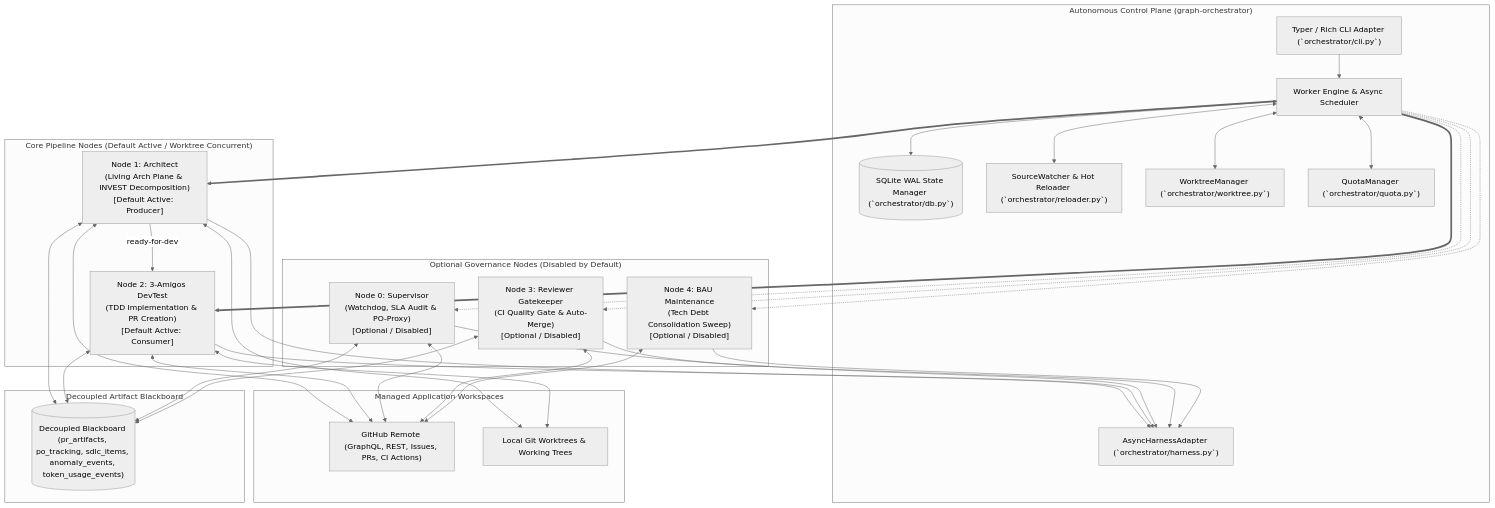
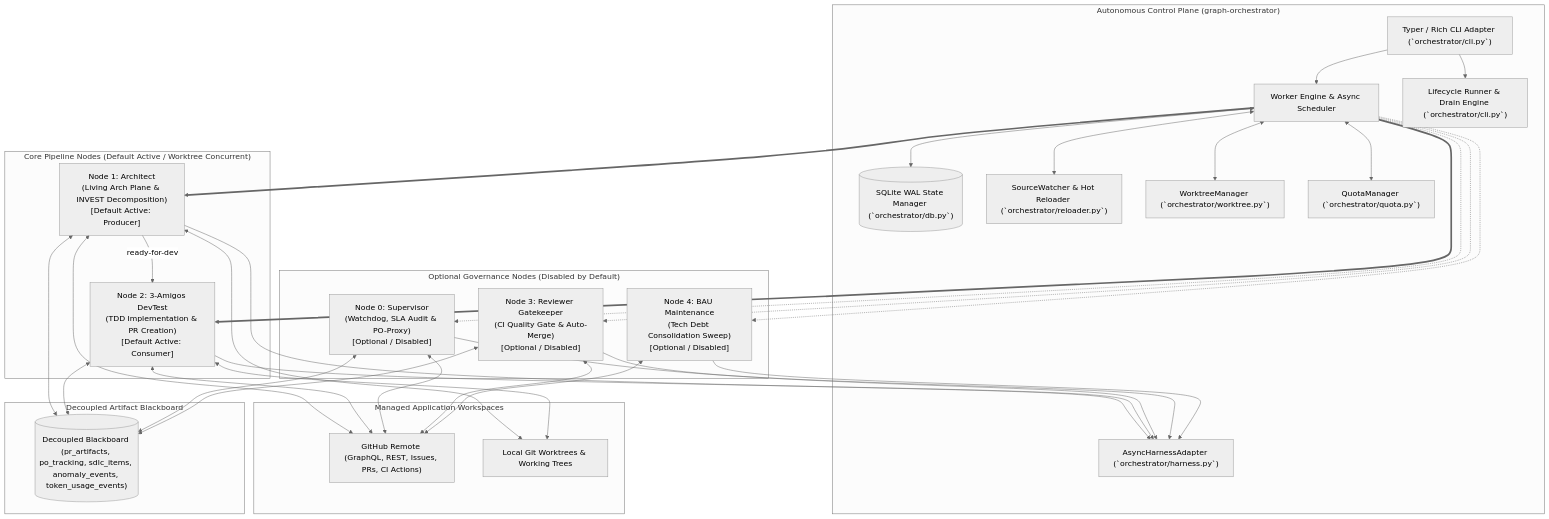
The first of 5 diagrams in .graph/architecture.md (AntaresAndBharani/graph-engineering), drawn with Mermaid (neutral theme) before and after one commit. The commit also changed other lines of this file, not shown here.

Commit message:
docs(architecture): update architectural standards

````diff
--- a/.graph/architecture.md
+++ b/.graph/architecture.md
@@ -19,45 +19,47 @@
 ```mermaid
 flowchart TD
     subgraph Control Plane ["Autonomous Control Plane (graph-orchestrator)"]
         CLI["Typer / Rich CLI Adapter (`orchestrator/cli.py`)"]
         Core["Worker Engine & Async Scheduler"]
         State[("SQLite WAL State Manager (`orchestrator/db.py`)")]
         Reloader["SourceWatcher & Hot Reloader (`orchestrator/reloader.py`)"]
         Adapter["AsyncHarnessAdapter (`orchestrator/harness.py`)"]
         WorktreeMgr["WorktreeManager (`orchestrator/worktree.py`)"]
         QuotaMgr["QuotaManager (`orchestrator/quota.py`)"]
+        LifecycleMgr["Lifecycle Runner & Drain Engine (`orchestrator/cli.py`)"]
     end
 
     subgraph Default 2-Node Parallel Engine ["Core Pipeline Nodes (Default Active / Worktree Concurrent)"]
         N1["Node 1: Architect\n(Living Arch Plane & INVEST Decomposition)\n[Default Active: Producer]"]
         N2["Node 2: 3-Amigos DevTest\n(TDD Implementation & PR Creation)\n[Default Active: Consumer]"]
         N1 -->|ready-for-dev| N2
     end
 
     subgraph Optional Governance Nodes ["Optional Governance Nodes (Disabled by Default)"]
         N0["Node 0: Supervisor\n(Watchdog, SLA Audit & PO-Proxy)\n[Optional / Disabled]"]
         N3["Node 3: Reviewer Gatekeeper\n(CI Quality Gate & Auto-Merge)\n[Optional / Disabled]"]
         N4["Node 4: BAU Maintenance\n(Tech Debt Consolidation Sweep)\n[Optional / Disabled]"]
     end
 
     subgraph Blackboard Layer ["Decoupled Artifact Blackboard"]
         BB[("Decoupled Blackboard (pr_artifacts, po_tracking, sdlc_items, anomaly_events, token_usage_events)")]
     end
 
     subgraph Managed Target Repositories ["Managed Application Workspaces"]
         GH["GitHub Remote (GraphQL, REST, Issues, PRs, CI Actions)"]
         LocalGit["Local Git Worktrees & Working Trees"]
     end
 
     CLI --> Core
+    CLI --> LifecycleMgr
     Core <--> State
     Core <--> Reloader
     Core <--> WorktreeMgr
     Core <--> QuotaMgr
     Core ==> N1 & N2
     Core -.-> N0 & N3 & N4
     N1 & N2 & N0 & N3 & N4 --> Adapter
     N1 & N2 & N0 & N3 & N4 <--> GH
     N1 & N2 & N0 & N3 <--> BB
     N1 & N2 <--> LocalGit
 ```
````
